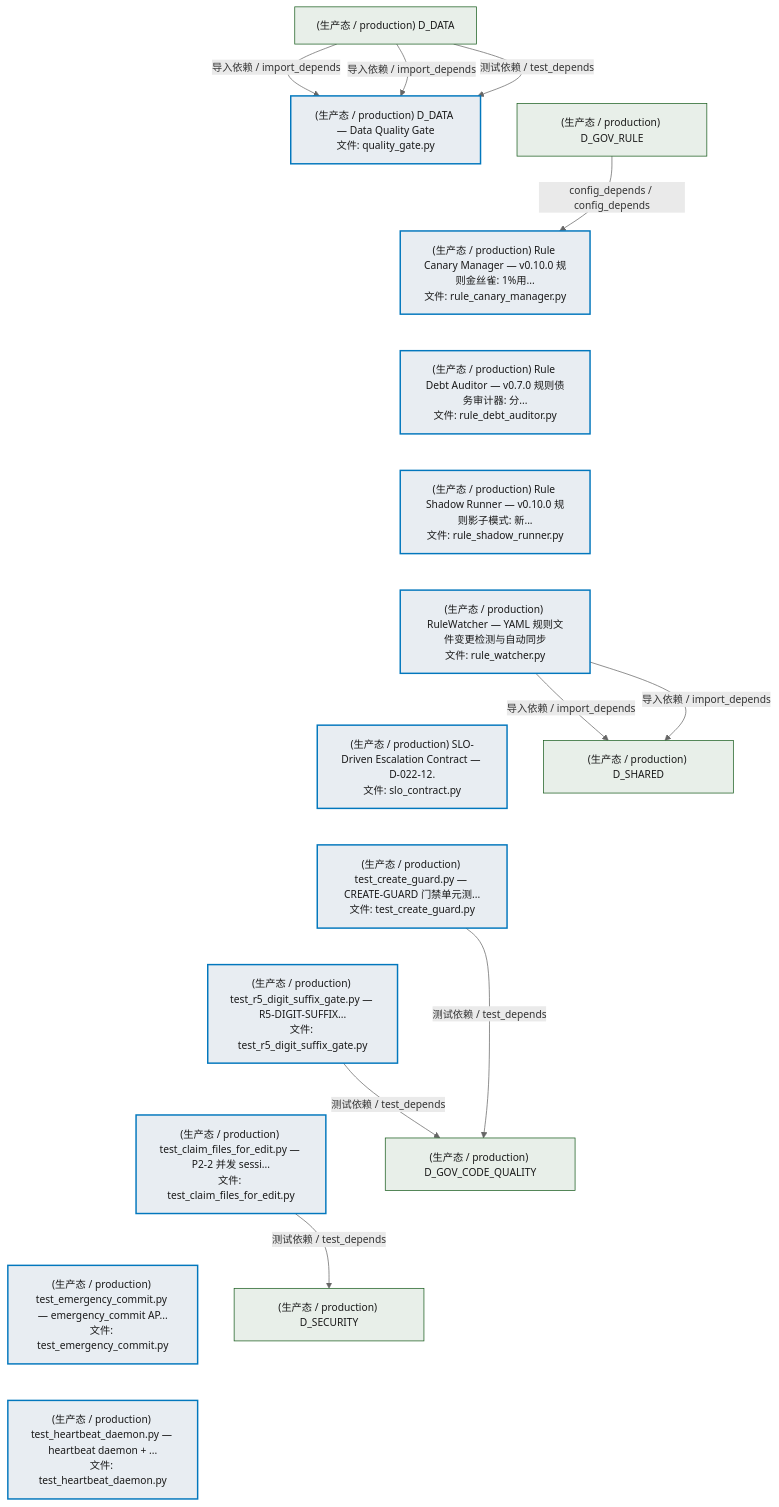
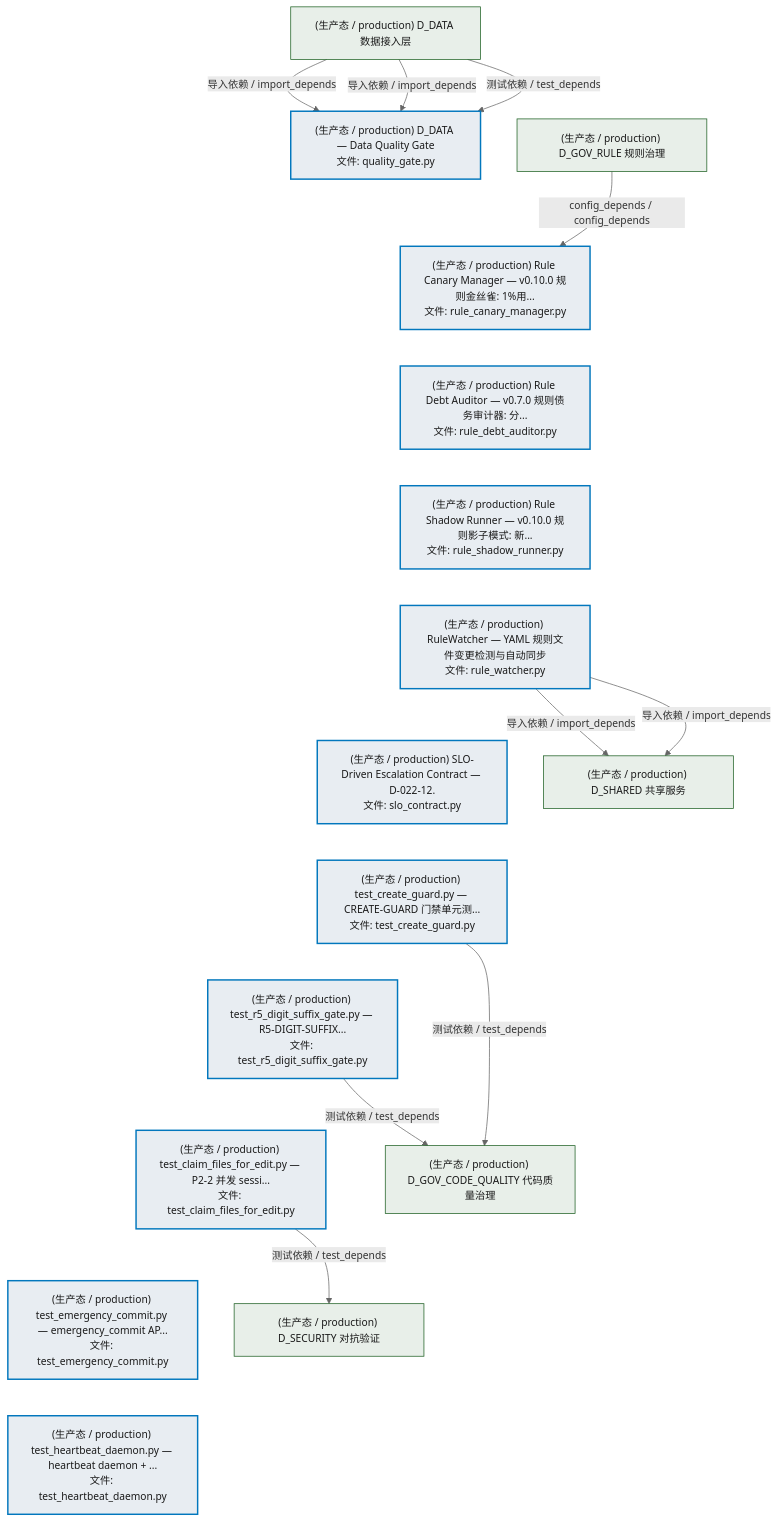
Before and after one commit to xuanFelixVan/ZephyrAlpha: the second of 5 diagrams in docs/02_enterprise_architecture/02_domain_architecture_docs/53_d_gov_enforcement.md, drawn with Mermaid. The commit also changed other lines of this file and 45 other files, not shown here.

````diff
--- a/docs/02_enterprise_architecture/02_domain_architecture_docs/53_d_gov_enforcement.md
+++ b/docs/02_enterprise_architecture/02_domain_architecture_docs/53_d_gov_enforcement.md
@@ -323,45 +324,45 @@
 ```mermaid
 %%{init: {'theme': 'base', 'themeVariables': {'primaryColor': '#eaeaea', 'primaryTextColor': '#333333', 'primaryBorderColor': '#666666', 'lineColor': '#666666', 'secondaryColor': '#eaeaea', 'tertiaryColor': '#eaeaea', 'fontSize': '14px'}}}%%
 flowchart TD
     src_zephyr_gov_enforcement_rule_enforcement_quality_gate_py["(生产态 / production) D_DATA — Data Quality Gate<br/>文件: quality_gate.py"]
     src_zephyr_gov_enforcement_rule_enforcement_rule_engine_rule_canary_manager_py["(生产态 / production) Rule Canary Manager — v0.10.0 规则金丝雀: 1%用...<br/>文件: rule_canary_manager.py"]
     src_zephyr_gov_enforcement_rule_enforcement_rule_engine_rule_debt_auditor_py["(生产态 / production) Rule Debt Auditor — v0.7.0 规则债务审计器: 分...<br/>文件: rule_debt_auditor.py"]
     src_zephyr_gov_enforcement_rule_enforcement_rule_engine_rule_shadow_runner_py["(生产态 / production) Rule Shadow Runner — v0.10.0 规则影子模式: 新...<br/>文件: rule_shadow_runner.py"]
     src_zephyr_gov_enforcement_rule_enforcement_rule_engine_rule_watcher_py["(生产态 / production) RuleWatcher — YAML 规则文件变更检测与自动同步<br/>文件: rule_watcher.py"]
     src_zephyr_gov_enforcement_rule_enforcement_slo_contract_py["(生产态 / production) SLO-Driven Escalation Contract — D-022-12.<br/>文件: slo_contract.py"]
     tests_governance_commit_gates_test_create_guard_py["(生产态 / production) test_create_guard.py — CREATE-GUARD 门禁单元测...<br/>文件: test_create_guard.py"]
     tests_governance_commit_gates_test_r5_digit_suffix_gate_py["(生产态 / production) test_r5_digit_suffix_gate.py — R5-DIGIT-SUFFIX...<br/>文件: test_r5_digit_suffix_gate.py"]
     tests_governance_rule_bridge_test_claim_files_for_edit_py["(生产态 / production) test_claim_files_for_edit.py — P2-2 并发 sessi...<br/>文件: test_claim_files_for_edit.py"]
     tests_governance_rule_bridge_test_emergency_commit_py["(生产态 / production) test_emergency_commit.py — emergency_commit AP...<br/>文件: test_emergency_commit.py"]
     tests_governance_rule_bridge_test_heartbeat_daemon_py["(生产态 / production) test_heartbeat_daemon.py — heartbeat daemon + ...<br/>文件: test_heartbeat_daemon.py"]
     src_zephyr_gov_enforcement_rule_enforcement_quality_gate_py ~~~ src_zephyr_gov_enforcement_rule_enforcement_rule_engine_rule_canary_manager_py
     src_zephyr_gov_enforcement_rule_enforcement_rule_engine_rule_canary_manager_py ~~~ src_zephyr_gov_enforcement_rule_enforcement_rule_engine_rule_debt_auditor_py
     src_zephyr_gov_enforcement_rule_enforcement_rule_engine_rule_debt_auditor_py ~~~ src_zephyr_gov_enforcement_rule_enforcement_rule_engine_rule_shadow_runner_py
     src_zephyr_gov_enforcement_rule_enforcement_rule_engine_rule_shadow_runner_py ~~~ src_zephyr_gov_enforcement_rule_enforcement_rule_engine_rule_watcher_py
     src_zephyr_gov_enforcement_rule_enforcement_rule_engine_rule_watcher_py ~~~ src_zephyr_gov_enforcement_rule_enforcement_slo_contract_py
     src_zephyr_gov_enforcement_rule_enforcement_slo_contract_py ~~~ tests_governance_commit_gates_test_create_guard_py
     tests_governance_commit_gates_test_create_guard_py ~~~ tests_governance_commit_gates_test_r5_digit_suffix_gate_py
     tests_governance_commit_gates_test_r5_digit_suffix_gate_py ~~~ tests_governance_rule_bridge_test_claim_files_for_edit_py
     tests_governance_rule_bridge_test_claim_files_for_edit_py ~~~ tests_governance_rule_bridge_test_emergency_commit_py
     tests_governance_rule_bridge_test_emergency_commit_py ~~~ tests_governance_rule_bridge_test_heartbeat_daemon_py
-    D_SHARED["(生产态 / production) D_SHARED"]
+    D_SHARED["(生产态 / production) D_SHARED 共享服务"]
     src_zephyr_gov_enforcement_rule_enforcement_rule_engine_rule_watcher_py -->|导入依赖 / import_depends| D_SHARED
     src_zephyr_gov_enforcement_rule_enforcement_rule_engine_rule_watcher_py -->|导入依赖 / import_depends| D_SHARED
-    D_GOV_CODE_QUALITY["(生产态 / production) D_GOV_CODE_QUALITY"]
+    D_GOV_CODE_QUALITY["(生产态 / production) D_GOV_CODE_QUALITY 代码质量治理"]
     tests_governance_commit_gates_test_create_guard_py -->|测试依赖 / test_depends| D_GOV_CODE_QUALITY
     tests_governance_commit_gates_test_r5_digit_suffix_gate_py -->|测试依赖 / test_depends| D_GOV_CODE_QUALITY
-    D_SECURITY["(生产态 / production) D_SECURITY"]
+    D_SECURITY["(生产态 / production) D_SECURITY 对抗验证"]
     tests_governance_rule_bridge_test_claim_files_for_edit_py -->|测试依赖 / test_depends| D_SECURITY
-    D_DATA["(生产态 / production) D_DATA"]
+    D_DATA["(生产态 / production) D_DATA 数据接入层"]
     D_DATA -->|导入依赖 / import_depends| src_zephyr_gov_enforcement_rule_enforcement_quality_gate_py
     D_DATA -->|导入依赖 / import_depends| src_zephyr_gov_enforcement_rule_enforcement_quality_gate_py
     D_DATA -->|测试依赖 / test_depends| src_zephyr_gov_enforcement_rule_enforcement_quality_gate_py
-    D_GOV_RULE["(生产态 / production) D_GOV_RULE"]
+    D_GOV_RULE["(生产态 / production) D_GOV_RULE 规则治理"]
     D_GOV_RULE -->|config_depends / config_depends| src_zephyr_gov_enforcement_rule_enforcement_rule_engine_rule_canary_manager_py
     classDef production fill:#e8edf2,stroke:#0277bd,stroke-width:2px,color:#1a1a1a
     classDef design fill:#f0ebe3,stroke:#bf360c,stroke-width:2px,color:#1a1a1a,stroke-dasharray: 5 5
     classDef external_prod fill:#e8efe9,stroke:#1b5e20,stroke-width:1px,color:#1a1a1a
     classDef external_design fill:#efe5ea,stroke:#880e4f,stroke-width:1px,color:#1a1a1a,stroke-dasharray: 5 5
     class src_zephyr_gov_enforcement_rule_enforcement_quality_gate_py,src_zephyr_gov_enforcement_rule_enforcement_rule_engine_rule_canary_manager_py,src_zephyr_gov_enforcement_rule_enforcement_rule_engine_rule_debt_auditor_py,src_zephyr_gov_enforcement_rule_enforcement_rule_engine_rule_shadow_runner_py,src_zephyr_gov_enforcement_rule_enforcement_rule_engine_rule_watcher_py,src_zephyr_gov_enforcement_rule_enforcement_slo_contract_py,tests_governance_commit_gates_test_create_guard_py,tests_governance_commit_gates_test_r5_digit_suffix_gate_py,tests_governance_rule_bridge_test_claim_files_for_edit_py,tests_governance_rule_bridge_test_emergency_commit_py,tests_governance_rule_bridge_test_heartbeat_daemon_py production
     class D_SHARED,D_GOV_CODE_QUALITY,D_SECURITY,D_DATA,D_GOV_RULE external_prod
 ```
````
